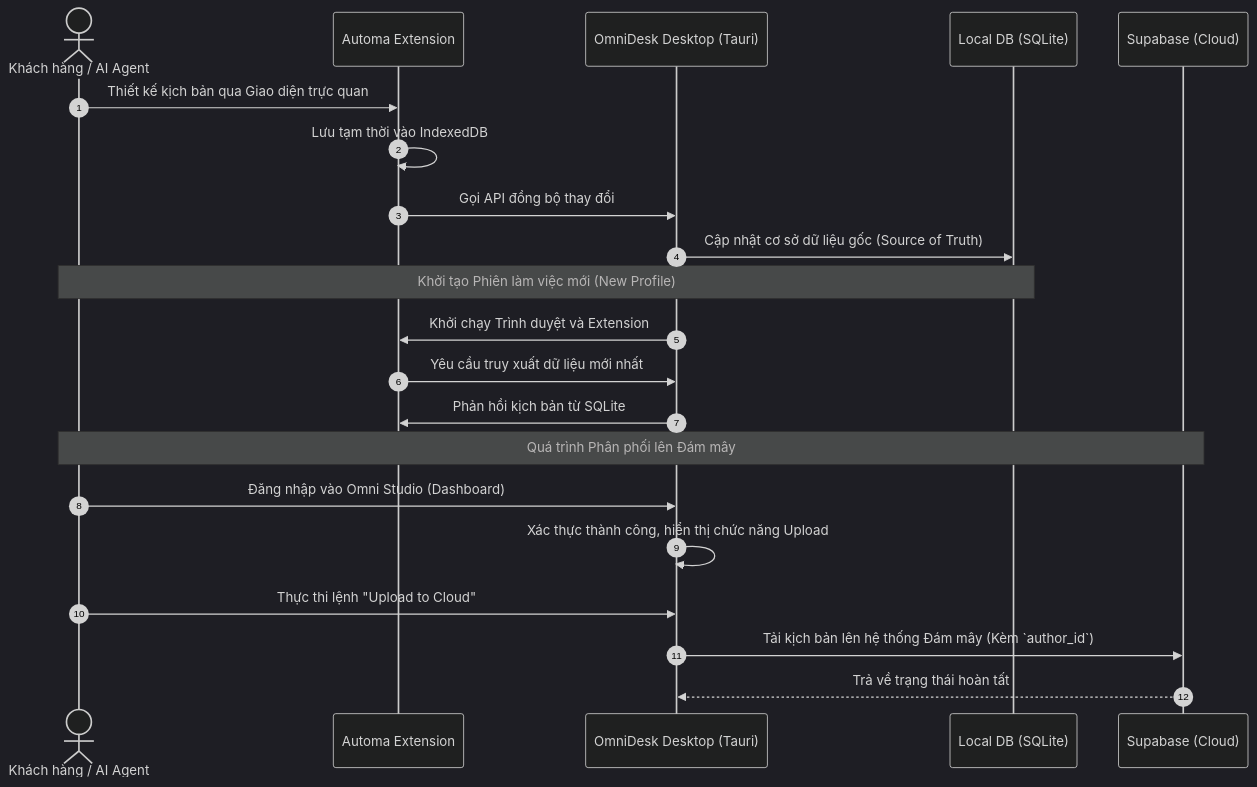
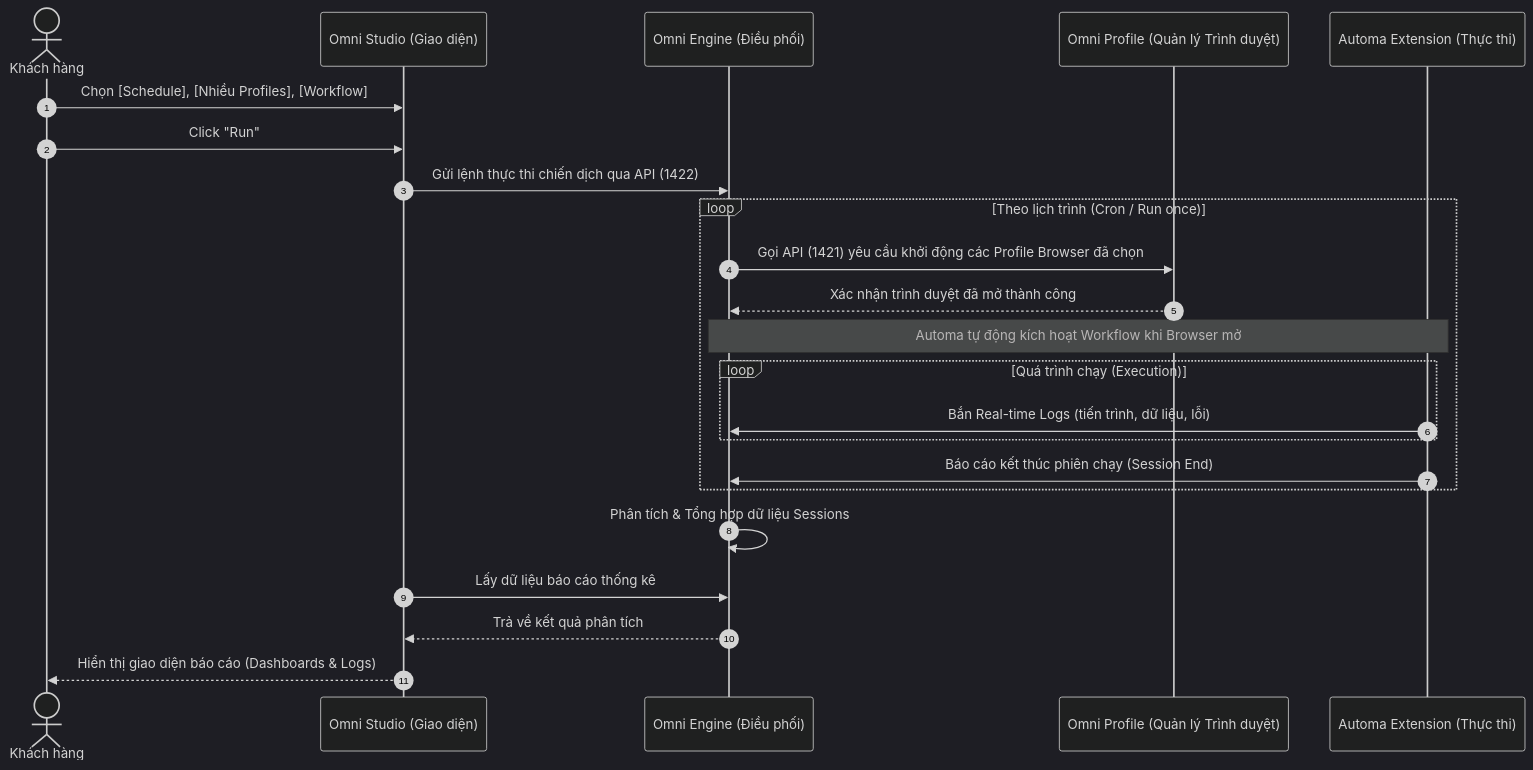
One commit to tuquet/omnidesk changed the diagram in docs/presale_architecture.md. Above: the diagram before and after it, drawn with Mermaid (dark theme). The commit also changed other lines of this file, not shown here.

Commit message:
docs(architecture): add omni engine execution orchestration flow

````diff
--- a/docs/presale_architecture.md
+++ b/docs/presale_architecture.md
@@ -93,26 +61,30 @@
 ```mermaid
 sequenceDiagram
     autonumber
-    actor User as Khách hàng / AI Agent
-    participant Automa as Automa Extension
-    participant Tauri as OmniDesk Desktop (Tauri)
-    participant SQLite as Local DB (SQLite)
-    participant Cloud as Supabase (Cloud)
+    actor User as Khách hàng
+    participant Studio as Omni Studio (Giao diện)
+    participant Engine as Omni Engine (Điều phối)
+    participant Profile as Omni Profile (Quản lý Trình duyệt)
+    participant Automa as Automa Extension (Thực thi)
 
-    User->>Automa: Thiết kế kịch bản qua Giao diện trực quan
-    Automa->>Automa: Lưu tạm thời vào IndexedDB
-    Automa->>Tauri: Gọi API đồng bộ thay đổi
-    Tauri->>SQLite: Cập nhật cơ sở dữ liệu gốc (Source of Truth)
+    User->>Studio: Chọn [Schedule], [Nhiều Profiles], [Workflow]
+    User->>Studio: Click "Run"
+    Studio->>Engine: Gửi lệnh thực thi chiến dịch qua API (1422)
 
-    Note over User, SQLite: Khởi tạo Phiên làm việc mới (New Profile)
-    Tauri->>Automa: Khởi chạy Trình duyệt và Extension
-    Automa->>Tauri: Yêu cầu truy xuất dữ liệu mới nhất
-    Tauri->>Automa: Phản hồi kịch bản từ SQLite
+    loop Theo lịch trình (Cron / Run once)
+        Engine->>Profile: Gọi API (1421) yêu cầu khởi động các Profile Browser đã chọn
+        Profile-->>Engine: Xác nhận trình duyệt đã mở thành công
 
-    Note over User, Cloud: Quá trình Phân phối lên Đám mây
-    User->>Tauri: Đăng nhập vào Omni Studio (Dashboard)
-    Tauri->>Tauri: Xác thực thành công, hiển thị chức năng Upload
-    User->>Tauri: Thực thi lệnh "Upload to Cloud"
-    Tauri->>Cloud: Tải kịch bản lên hệ thống Đám mây (Kèm `author_id`)
-    Cloud-->>Tauri: Trả về trạng thái hoàn tất
+        Note over Engine, Automa: Automa tự động kích hoạt Workflow khi Browser mở
+
+        loop Quá trình chạy (Execution)
+            Automa->>Engine: Bắn Real-time Logs (tiến trình, dữ liệu, lỗi)
+        end
+        Automa->>Engine: Báo cáo kết thúc phiên chạy (Session End)
+    end
+
+    Engine->>Engine: Phân tích & Tổng hợp dữ liệu Sessions
+    Studio->>Engine: Lấy dữ liệu báo cáo thống kê
+    Engine-->>Studio: Trả về kết quả phân tích
+    Studio-->>User: Hiển thị giao diện báo cáo (Dashboards & Logs)
 ```
````
